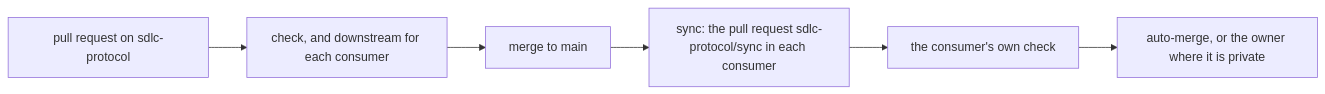
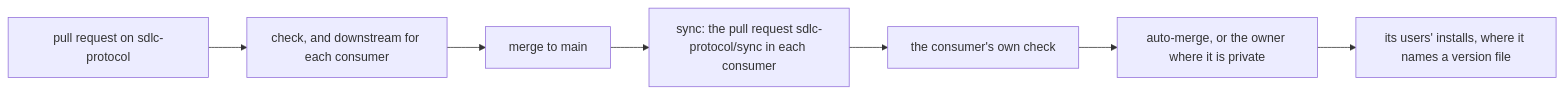
Before and after one commit to OpenSpineConsortium/sdlc-protocol: the second of 2 diagrams in ECOSYSTEM.md, drawn with Mermaid. The commit also changed other lines of this file and 10 other files, not shown here.

````diff
--- a/ECOSYSTEM.md
+++ b/ECOSYSTEM.md
@@ -101,8 +105,9 @@
 ```mermaid
 flowchart LR
   pr["pull request on sdlc-protocol"] --> checks["check, and downstream for each consumer"]
   checks --> merge["merge to main"]
   merge --> pulls["sync: the pull request sdlc-protocol/sync in each consumer"]
   pulls --> theirs["the consumer's own check"]
   theirs --> lands["auto-merge, or the owner where it is private"]
+  lands --> users["its users' installs, where it names a version file"]
 ```
````
